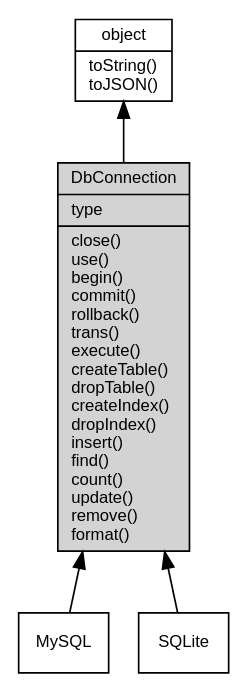
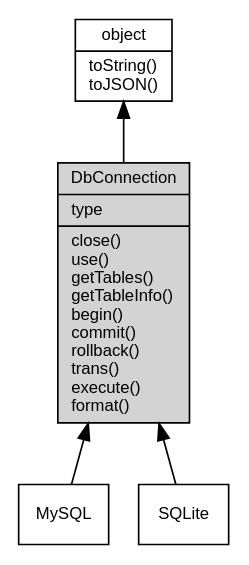
The diagram in docs/manual/object/ifs/DbConnection.md (fibjs/fibjs.org), drawn with Graphviz before and after one commit. The commit also changed other lines of this file and 148 other files, not shown here.

First line of the commit message:
feat: add ZlibCodec documentation and update object graph

````diff
--- a/docs/manual/object/ifs/DbConnection.md
+++ b/docs/manual/object/ifs/DbConnection.md
@@ -13,14 +13,14 @@
 ```dot
 digraph {
     node [fontname="Helvetica,sans-Serif", fontsize=10, shape="record", style="filled", fillcolor="white"];
 
     object [tooltip="object", URL="object.md", label="{object|toString()\ltoJSON()\l}"];
-    DbConnection [tooltip="DbConnection", fillcolor="lightgray", id="me", label="{DbConnection|type\l|close()\luse()\lbegin()\lcommit()\lrollback()\ltrans()\lexecute()\lcreateTable()\ldropTable()\lcreateIndex()\ldropIndex()\linsert()\lfind()\lcount()\lupdate()\lremove()\lformat()\l}"];
+    DbConnection [tooltip="DbConnection", fillcolor="lightgray", id="me", label="{DbConnection|type\l|close()\luse()\lgetTables()\lgetTableInfo()\lbegin()\lcommit()\lrollback()\ltrans()\lexecute()\lformat()\l}"];
     MySQL [tooltip="MySQL", URL="MySQL.md", label="{MySQL}"];
     SQLite [tooltip="SQLite", URL="SQLite.md", label="{SQLite}"];
 
     object -> DbConnection [dir=back];
     DbConnection -> MySQL [dir=back];
     DbConnection -> SQLite [dir=back];
 }
 ```
````
